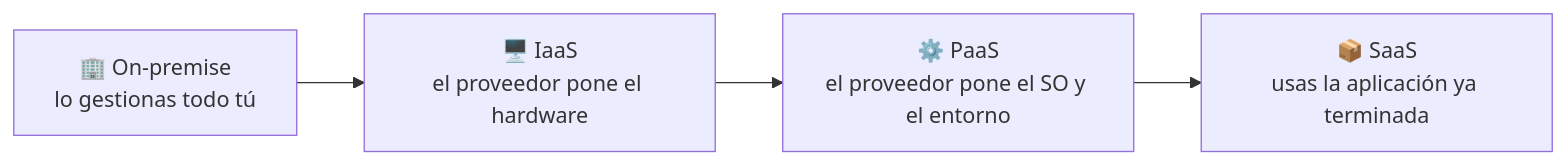
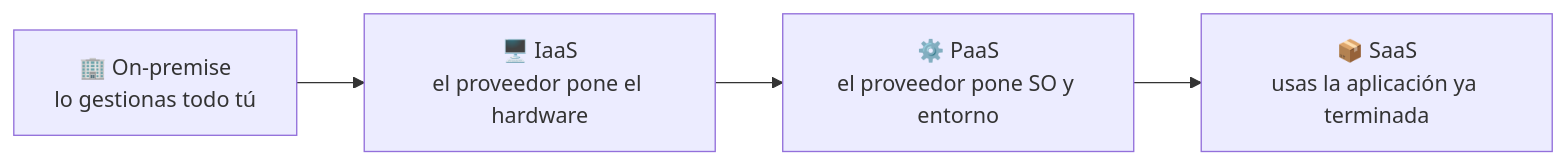
The first of 2 diagrams in docs/tema1/primer-contacto-aws.md (aitorventura/introduccion-nube), drawn with Mermaid before and after one commit. The commit also changed other lines of this file and 51 other files, not shown here.

````diff
--- a/docs/tema1/primer-contacto-aws.md
+++ b/docs/tema1/primer-contacto-aws.md
@@ -29,6 +34,6 @@
 ```mermaid
 flowchart LR
     A["🏢 On-premise<br/>lo gestionas todo tú"] --> B["🖥️ IaaS<br/>el proveedor pone el hardware"]
-    B --> C["⚙️ PaaS<br/>el proveedor pone el SO y el entorno"]
+    B --> C["⚙️ PaaS<br/>el proveedor pone SO y entorno"]
     C --> D["📦 SaaS<br/>usas la aplicación ya terminada"]
 ```
````
